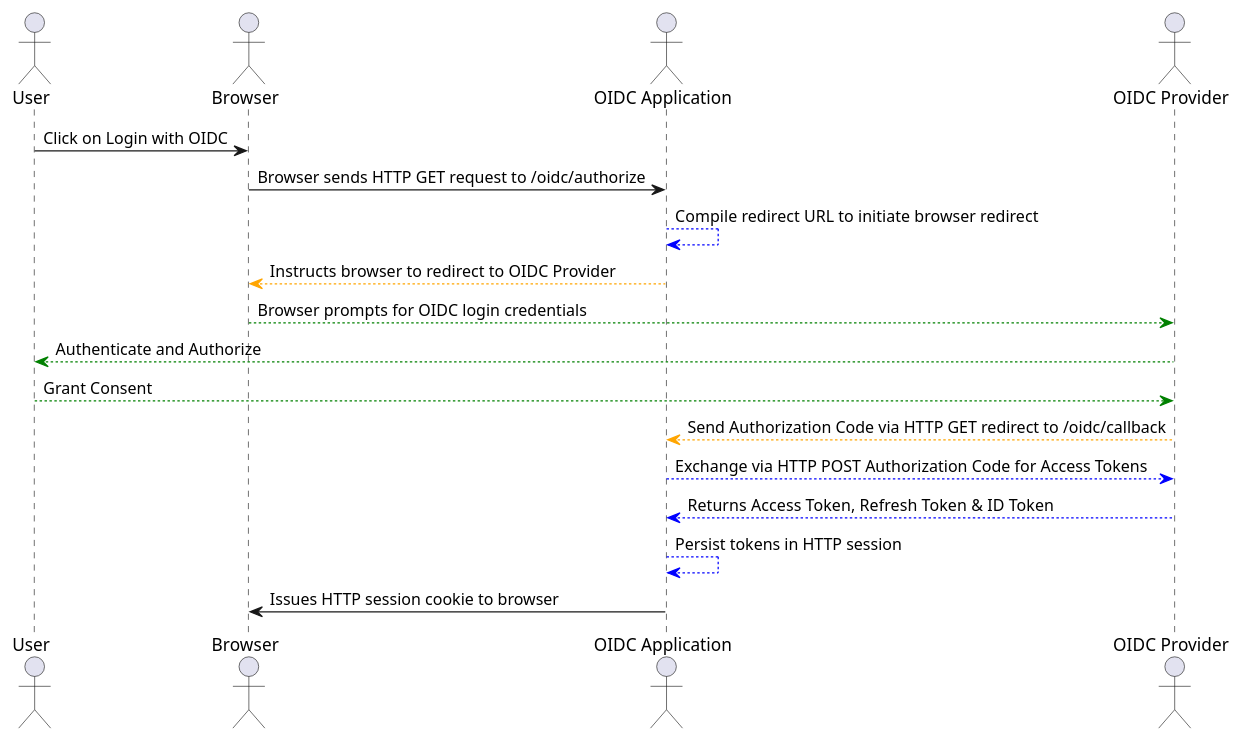
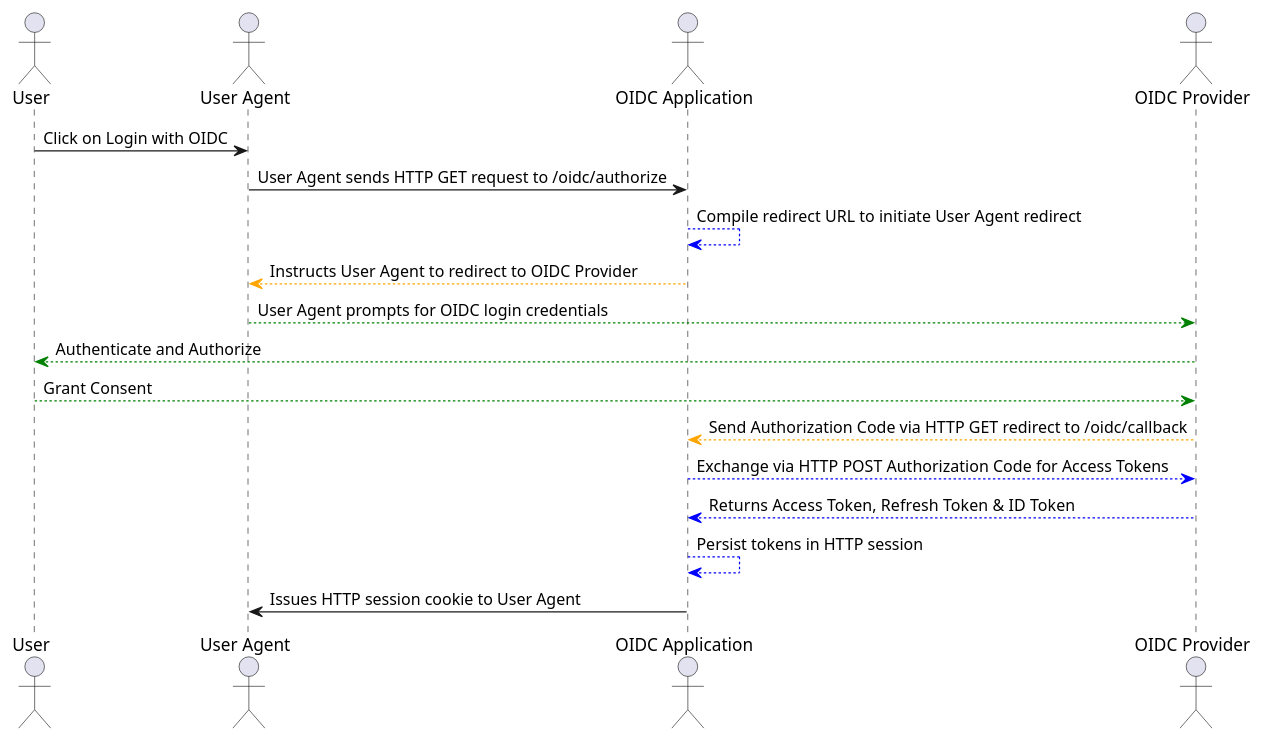
The diagram in docs/uml/initial-oidc-flow.plantuml (jeanbritz/keycloak-playground), drawn with PlantUML before and after one commit. The commit also changed 8 other files, not shown here.

Commit message:
- Fixed RolesAllowed logic - Added User Agent Analyzer

```diff
--- a/docs/uml/initial-oidc-flow.plantuml
+++ b/docs/uml/initial-oidc-flow.plantuml
@@ -1,20 +1,20 @@
 @startuml
 actor User
-actor Browser
+actor UserAgent as "User Agent"
 actor "OIDC Application" as OidcApplication
 actor "OIDC Provider" as OidcProvider
 
 
-User -> Browser : Click on Login with OIDC
-Browser -> OidcApplication : Browser sends HTTP GET request to /oidc/authorize
-OidcApplication -[#blue]-> OidcApplication: Compile redirect URL to initiate browser redirect
-Browser <-[#orange]- OidcApplication: Instructs browser to redirect to OIDC Provider
-Browser -[#green]-> OidcProvider: Browser prompts for OIDC login credentials
+User -> UserAgent : Click on Login with OIDC
+UserAgent -> OidcApplication : User Agent sends HTTP GET request to /oidc/authorize
+OidcApplication -[#blue]-> OidcApplication: Compile redirect URL to initiate User Agent redirect
+UserAgent <-[#orange]- OidcApplication: Instructs User Agent to redirect to OIDC Provider
+UserAgent -[#green]-> OidcProvider: User Agent prompts for OIDC login credentials
 User <-[#green]- OidcProvider : Authenticate and Authorize
 User -[#green]-> OidcProvider : Grant Consent
 OidcApplication <-[#orange]- OidcProvider : Send Authorization Code via HTTP GET redirect to /oidc/callback
 OidcApplication -[#blue]-> OidcProvider : Exchange via HTTP POST Authorization Code for Access Tokens
 OidcApplication <-[#blue]- OidcProvider : Returns Access Token, Refresh Token & ID Token
 OidcApplication -[#blue]-> OidcApplication : Persist tokens in HTTP session
-Browser <- OidcApplication : Issues HTTP session cookie to browser
+UserAgent <- OidcApplication : Issues HTTP session cookie to User Agent
 @enduml
```
